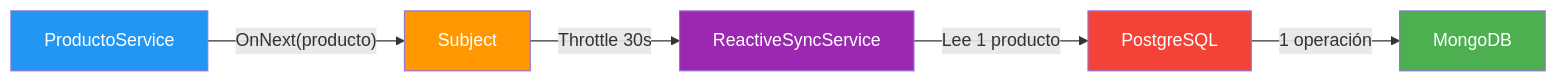
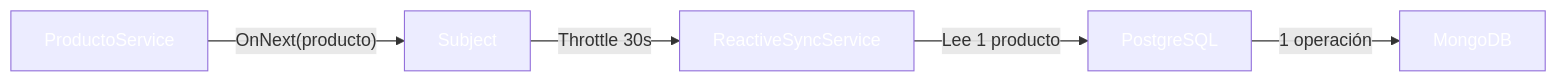
Before and after one commit to joseluisgs/DesarrolloWebEntornosServidor-02-2026-2027: diagram 18 of 24 in 30-cqrs-mediator.md, drawn with Mermaid. The commit also changed other lines of this file and 41 other files, not shown here.

````diff
--- a/30-cqrs-mediator.md
+++ b/30-cqrs-mediator.md
@@ -1078,13 +1078,13 @@
 ```mermaid
 flowchart LR
     A["ProductoService"] -->|"OnNext(producto)"| B["Subject<Producto>"]
     B -->|"Throttle 30s"| C["ReactiveSyncService"]
     C -->|"Lee 1 producto"| D["PostgreSQL"]
     D -->|"1 operación"| E["MongoDB"]
 
-    style A fill:#2196F3,color:#fff
-    style B fill:#FF9800,color:#fff
-    style C fill:#9C27B0,color:#fff
-    style D fill:#f44336,color:#fff
-    style E fill:#4CAF50,color:#fff
+    style A fill:#2196F,color:#fff3,color:#fff
+    style B fill:#FF980,color:#fff0,color:#fff
+    style C fill:#9C27B,color:#fff0,color:#fff
+    style D fill:#f4433,color:#fff6,color:#fff
+    style E fill:#4CAF5,color:#fff0,color:#fff
 ```
````
